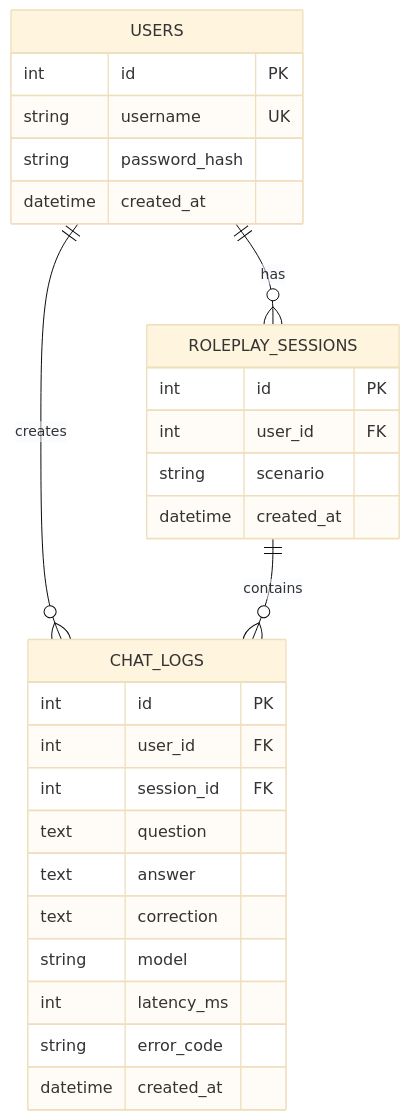
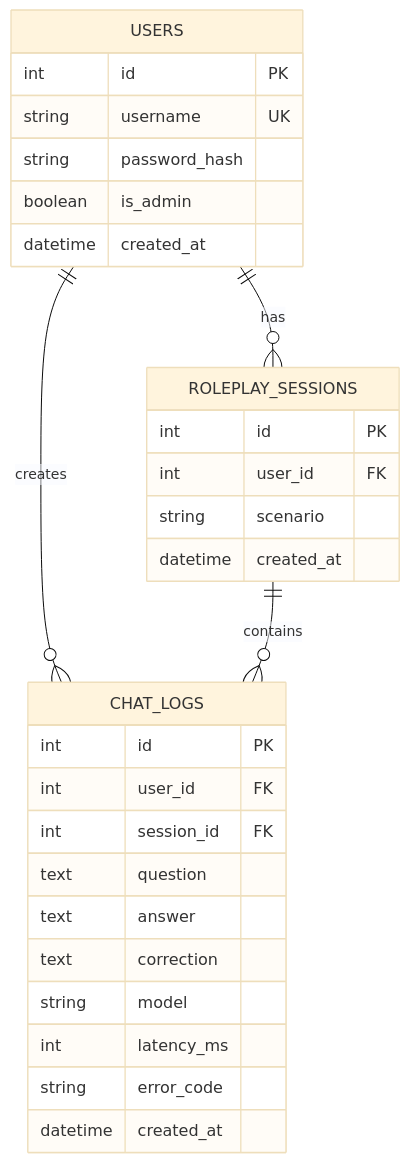
Before and after one commit to cody-b7/cody_chatbot: the second of 3 diagrams in README.md, drawn with Mermaid (base theme). The commit also changed other lines of this file, not shown here.

````diff
--- a/README.md
+++ b/README.md
@@ -272,33 +272,34 @@
 ```mermaid
 erDiagram
     USERS ||--o{ ROLEPLAY_SESSIONS : has
     USERS ||--o{ CHAT_LOGS : creates
     ROLEPLAY_SESSIONS ||--o{ CHAT_LOGS : contains
 
     USERS {
         int id PK
         string username UK
         string password_hash
+        boolean is_admin
         datetime created_at
     }
 
     ROLEPLAY_SESSIONS {
         int id PK
         int user_id FK
         string scenario
         datetime created_at
     }
 
     CHAT_LOGS {
         int id PK
         int user_id FK
         int session_id FK
         text question
         text answer
         text correction
         string model
         int latency_ms
         string error_code
         datetime created_at
     }
 ```
````
